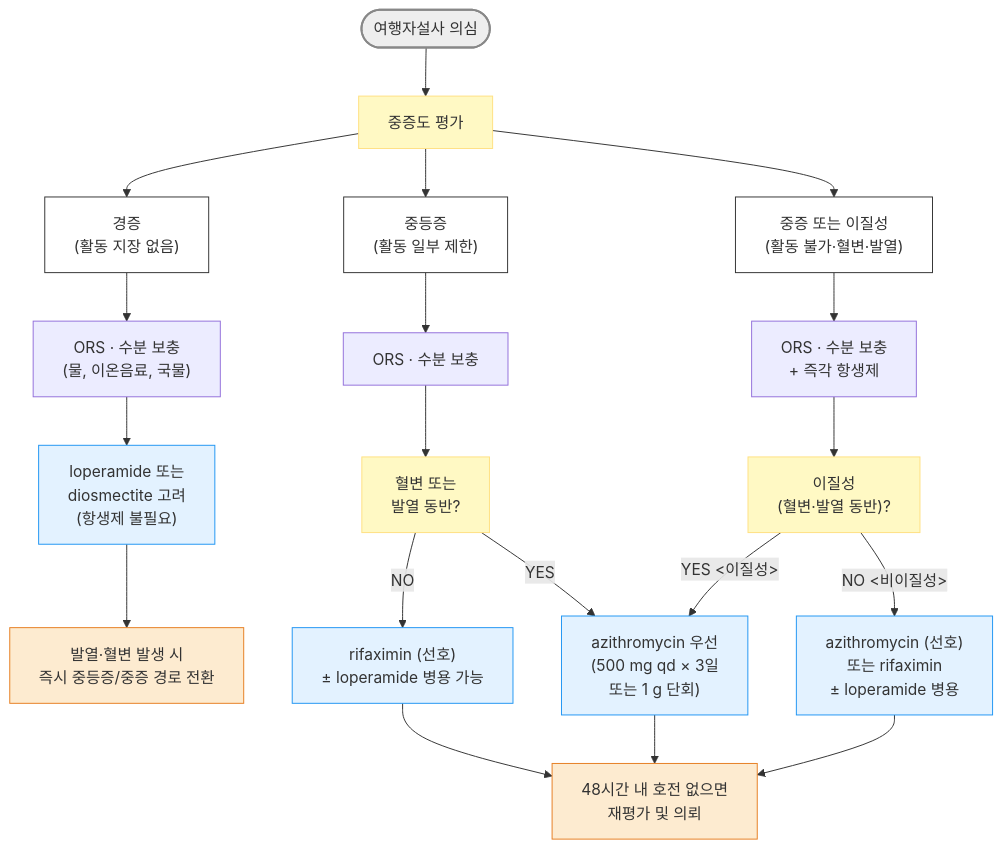
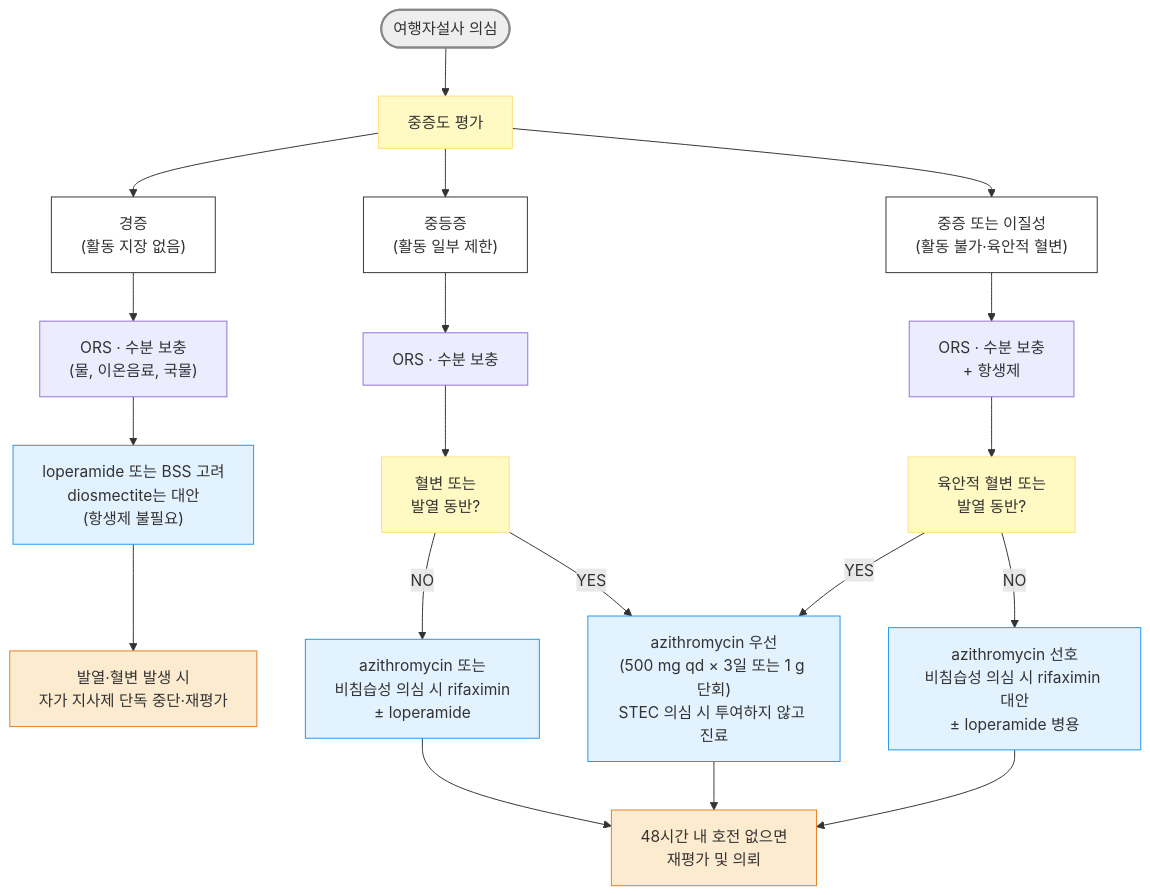
Before and after one commit to familyoh77/familyoh77: the diagram in 224_/086_-travelers-diarrhea.md, drawn with Mermaid. The commit also changed other lines of this file and 15 other files, not shown here.

````diff
--- a/224_/086_-travelers-diarrhea.md
+++ b/224_/086_-travelers-diarrhea.md
@@ -117,28 +117,28 @@
 ```mermaid
 graph TD
     A([여행자설사 의심]) --> B[중증도 평가]
     B --> C0["경증<br>(활동 지장 없음)"]--> C["ORS · 수분 보충<br>(물, 이온음료, 국물)"]
     B --> D0["중등증<br>(활동 일부 제한)"]--> D["ORS · 수분 보충"]
-    B --> E0["중증 또는 이질성<br>(활동 불가·혈변·발열)"]--> E["ORS · 수분 보충<br>+ 즉각 항생제"]
-    C --> C1["loperamide 또는<br>diosmectite 고려<br>(항생제 불필요)"]
-    C1 --> G["발열·혈변 발생 시<br>즉시 중등증/중증 경로 전환"]
+    B --> E0["중증 또는 이질성<br>(활동 불가·육안적 혈변)"]--> E["ORS · 수분 보충<br>+ 항생제"]
+    C --> C1["loperamide 또는 BSS 고려<br>diosmectite는 대안<br>(항생제 불필요)"]
+    C1 --> G["발열·혈변 발생 시<br>자가 지사제 단독 중단·재평가"]
     D --> D1["혈변 또는<br>발열 동반?"]
-    D1 -->|NO| D2["rifaximin (선호)<br>± loperamide 병용 가능"]
-    D1 -->|YES| D3["azithromycin 우선<br>(500 mg qd × 3일 <br>또는 1 g 단회)"]
-    E --> E1["이질성<br>(혈변·발열 동반)?"]
-    E1 -->|YES <이질성>| D3
-    E1 -->|NO <비이질성>| E3["azithromycin (선호)<br>또는 rifaximin<br>± loperamide 병용"]
+    D1 -->|NO| D2["azithromycin 또는<br>비침습성 의심 시 rifaximin<br>± loperamide"]
+    D1 -->|YES| D3["azithromycin 우선<br>(500 mg qd × 3일 또는 1 g 단회)<br>STEC 의심 시 투여하지 않고 진료"]
+    E --> E1["육안적 혈변 또는<br>발열 동반?"]
+    E1 -->|YES| D3
+    E1 -->|NO| E3["azithromycin 선호<br>비침습성 의심 시 rifaximin 대안<br>± loperamide 병용"]
     D2 --> F["48시간 내 호전 없으면<br>재평가 및 의뢰"]
     D3 --> F
     E3 --> F
 
 style A fill:#eeeeee,stroke:#888888,stroke-width:2px
 classDef white fill:#fff,stroke:#333
 class C0,D0,E0 white
 classDef yellow fill:#fff9c4,stroke:#ffe082
 class B,D1,E1 yellow
 classDef sky fill:#e3f2ff,stroke:#2196f3
 class C1,D2,D3,E3 sky
 classDef orange fill:#fdebd0,stroke:#e67e22
 class G,F orange
 ```
````
